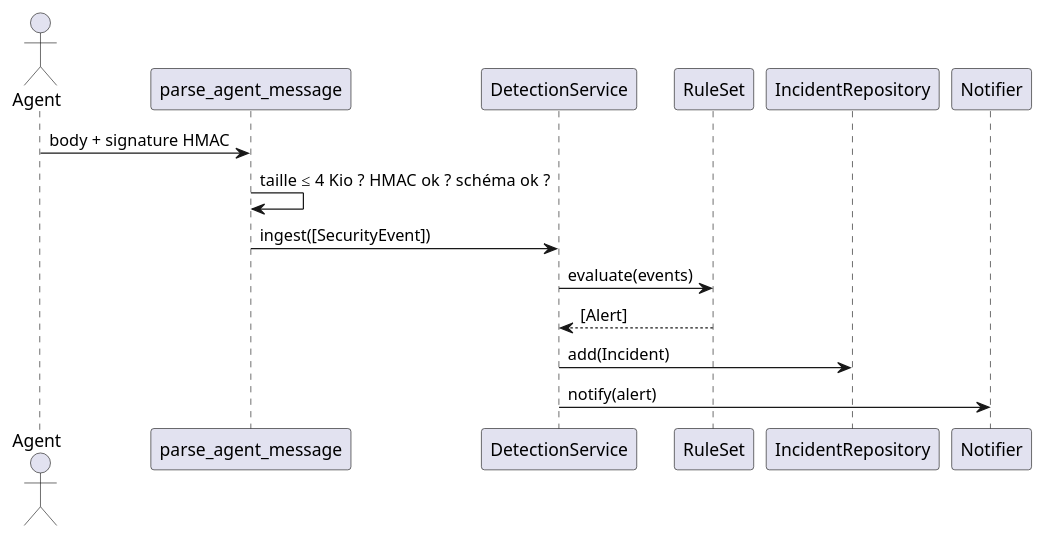
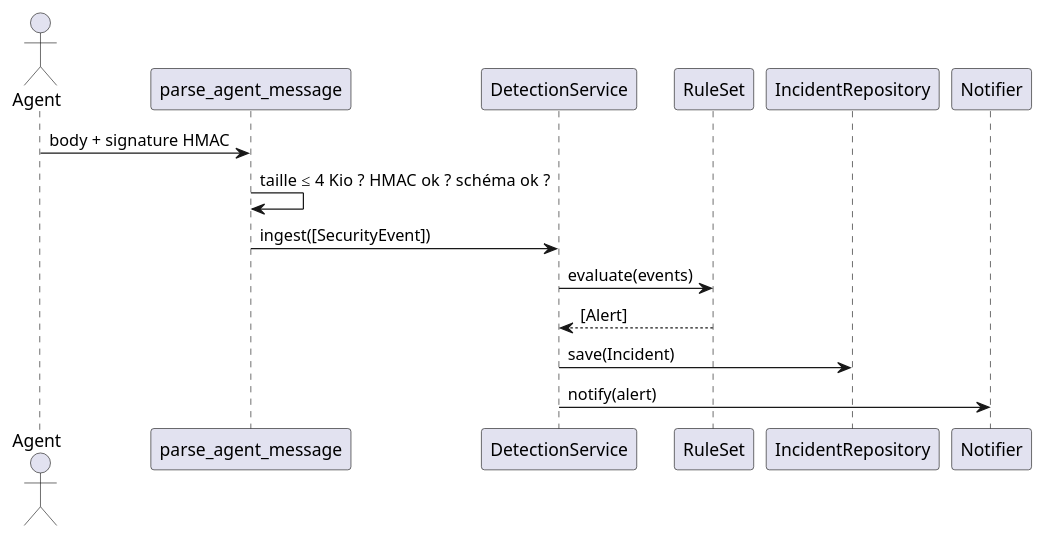
Before and after one commit to Somechild00/ArchiLogicielQueenBee: the diagram in docs/uml/sequence_ingest.puml, drawn with PlantUML. The commit also changed 3 other files, not shown here.

Commit message:
docs: UML, séquence et parcours alignés sur le code (adaptateurs fonctionnels, façade, état CONTAINED)

```diff
--- a/docs/uml/sequence_ingest.puml
+++ b/docs/uml/sequence_ingest.puml
@@ -1,15 +1,15 @@
 @startuml sequence_ingest
 actor Agent
 participant "parse_agent_message" as API
 participant "DetectionService" as S
 participant "RuleSet" as R
 participant "IncidentRepository" as DB
 participant "Notifier" as N
 Agent -> API : body + signature HMAC
 API -> API : taille ≤ 4 Kio ? HMAC ok ? schéma ok ?
 API -> S : ingest([SecurityEvent])
 S -> R : evaluate(events)
 R --> S : [Alert]
-S -> DB : add(Incident)
+S -> DB : save(Incident)
 S -> N : notify(alert)
 @enduml
```
